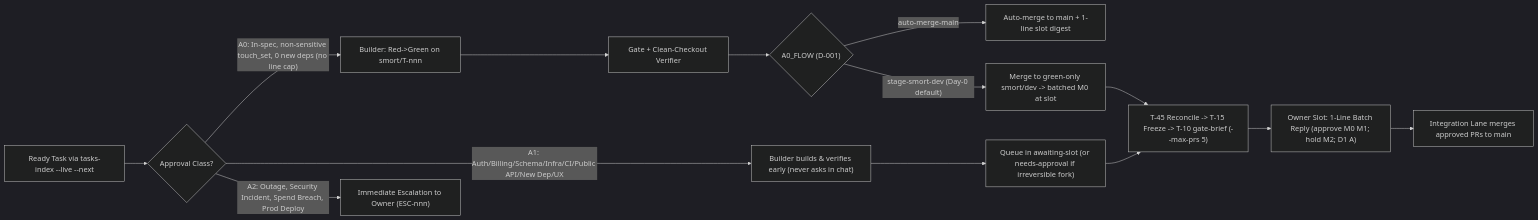
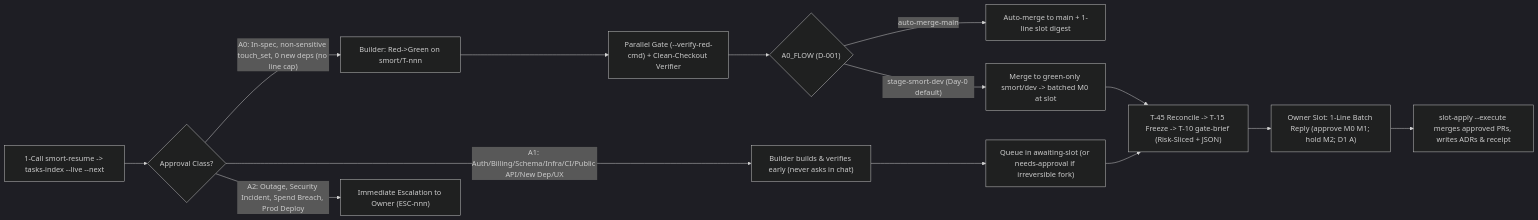
The second of 3 diagrams in README.md (smolboon/smort), drawn with Mermaid (dark theme) before and after one commit. The commit also changed other lines of this file and 3 other files, not shown here.

Commit message:
feat: upgrade to smort v7 (2026-11-25.v11) — 32 artifacts, dual Hot/Cold split, smort-resume, slot-apply, install-hooks & parallel hardened gates

````diff
--- a/README.md
+++ b/README.md
@@ -214,19 +220,19 @@
 ```mermaid
 flowchart LR
-    T["Ready Task via tasks-index --live --next"] --> C{"Approval Class?"}
+    T["1-Call smort-resume -> tasks-index --live --next"] --> C{"Approval Class?"}
 
     C -->|"A0: In-spec, non-sensitive touch_set, 0 new deps (no line cap)"| B0["Builder: Red->Green on smort/T-nnn"]
-    B0 --> V0["Gate + Clean-Checkout Verifier"]
+    B0 --> V0["Parallel Gate (--verify-red-cmd) + Clean-Checkout Verifier"]
     V0 --> P0{"A0_FLOW (D-001)"}
     P0 -->|"auto-merge-main"| M0A["Auto-merge to main + 1-line slot digest"]
     P0 -->|"stage-smort-dev (Day-0 default)"| D0["Merge to green-only smort/dev -> batched M0 at slot"]
 
     C -->|"A1: Auth/Billing/Schema/Infra/CI/Public API/New Dep/UX"| B1["Builder builds & verifies early (never asks in chat)"]
     B1 --> Q1["Queue in awaiting-slot (or needs-approval if irreversible fork)"]
-    Q1 --> S1["T-45 Reconcile -> T-15 Freeze -> T-10 gate-brief (--max-prs 5)"]
+    Q1 --> S1["T-45 Reconcile -> T-15 Freeze -> T-10 gate-brief (Risk-Sliced + JSON)"]
     D0 --> S1
     S1 --> R1["Owner Slot: 1-Line Batch Reply (approve M0 M1; hold M2; D1 A)"]
-    R1 --> M1["Integration Lane merges approved PRs to main"]
+    R1 --> M1["slot-apply --execute merges approved PRs, writes ADRs & receipt"]
 
     C -->|"A2: Outage, Security Incident, Spend Breach, Prod Deploy"| ESC["Immediate Escalation to Owner (ESC-nnn)"]
 ```
````
